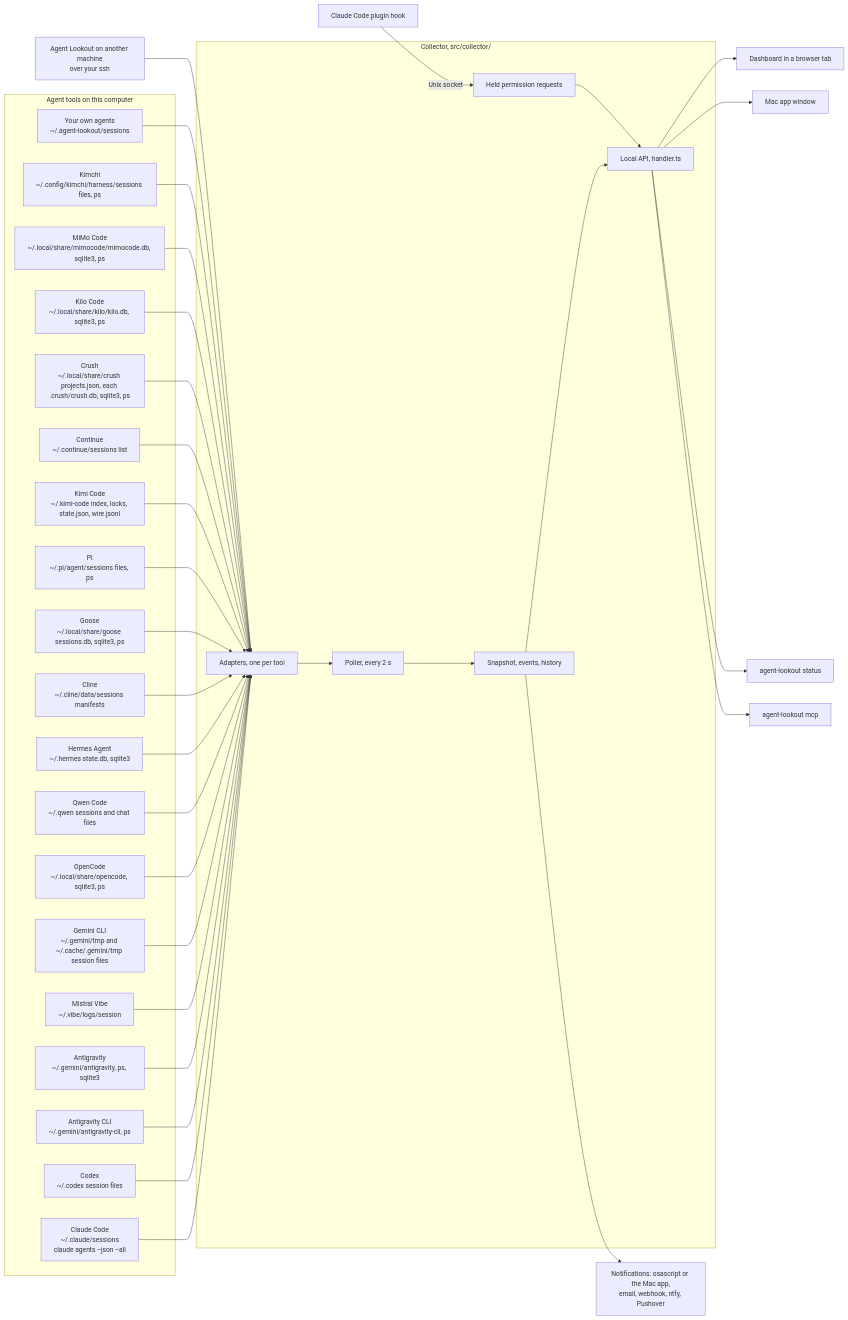
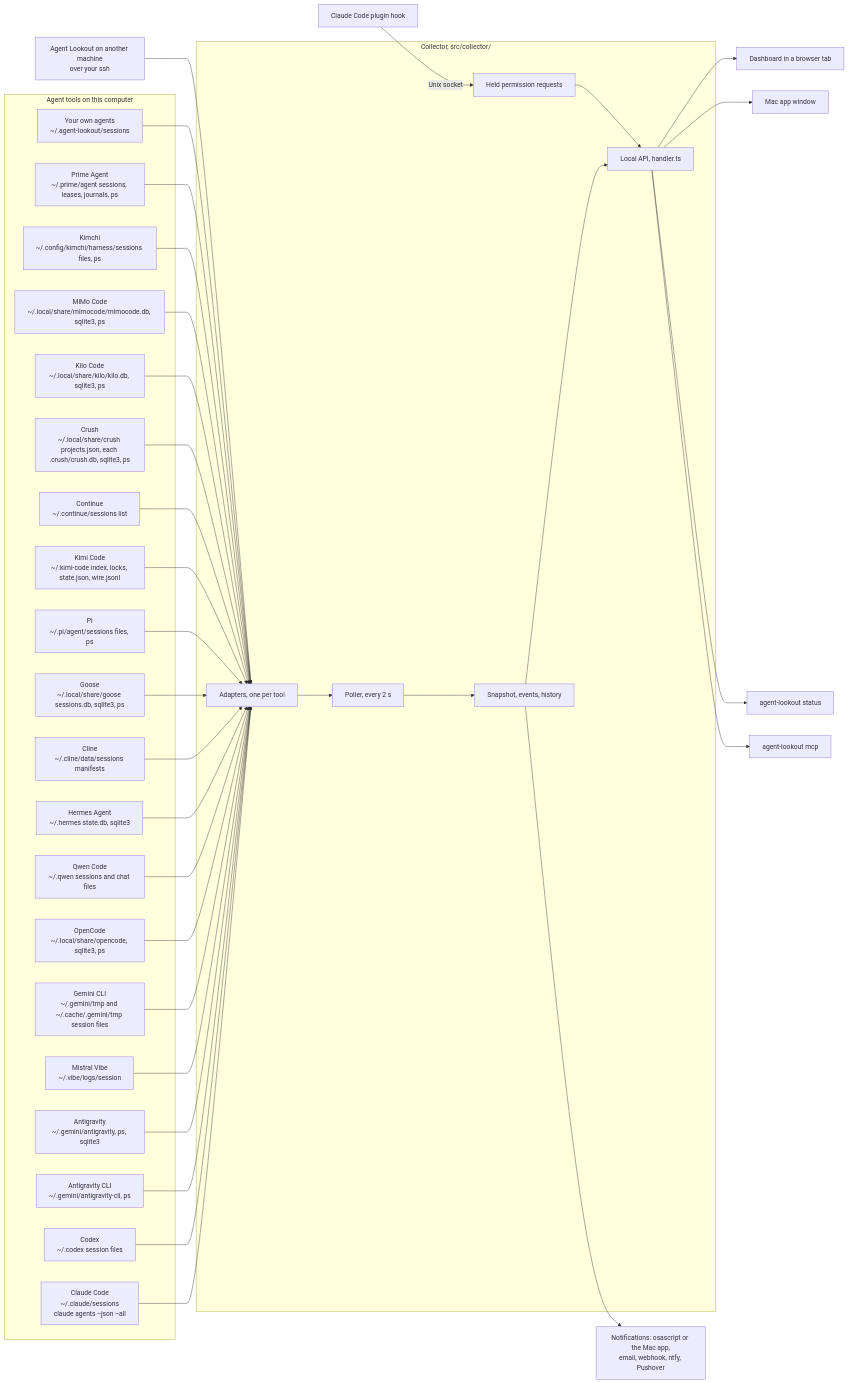
One commit to Olanetsoft/agent-lookout changed the first of 4 diagrams in docs/TOUR.md. Above: the diagram before and after it, drawn with Mermaid. The commit also changed other lines of this file and 80 other files, not shown here.

First line of the commit message:
Add the Prime Agent adapter (#344)

````diff
--- a/docs/TOUR.md
+++ b/docs/TOUR.md
@@ -29,61 +29,63 @@
 ```mermaid
 flowchart LR
   subgraph tools["Agent tools on this computer"]
     cc["Claude Code<br/>~/.claude/sessions<br/>claude agents --json --all"]
     cx["Codex<br/>~/.codex session files"]
     ag["Antigravity CLI<br/>~/.gemini/antigravity-cli, ps"]
     aa["Antigravity<br/>~/.gemini/antigravity, ps, sqlite3"]
     mv["Mistral Vibe<br/>~/.vibe/logs/session"]
     gc["Gemini CLI<br/>~/.gemini/tmp and ~/.cache/.gemini/tmp session files"]
     oc["OpenCode<br/>~/.local/share/opencode, sqlite3, ps"]
     qw["Qwen Code<br/>~/.qwen sessions and chat files"]
     ha["Hermes Agent<br/>~/.hermes state.db, sqlite3"]
     cl["Cline<br/>~/.cline/data/sessions manifests"]
     gs["Goose<br/>~/.local/share/goose sessions.db, sqlite3, ps"]
     pi["Pi<br/>~/.pi/agent/sessions files, ps"]
     kc["Kimi Code<br/>~/.kimi-code index, locks, state.json, wire.jsonl"]
     cn["Continue<br/>~/.continue/sessions list"]
     cr["Crush<br/>~/.local/share/crush projects.json, each .crush/crush.db, sqlite3, ps"]
     kl["Kilo Code<br/>~/.local/share/kilo/kilo.db, sqlite3, ps"]
     mm["MiMo Code<br/>~/.local/share/mimocode/mimocode.db, sqlite3, ps"]
     km["Kimchi<br/>~/.config/kimchi/harness/sessions files, ps"]
+    pa["Prime Agent<br/>~/.prime/agent sessions, leases, journals, ps"]
     sf["Your own agents<br/>~/.agent-lookout/sessions"]
   end
   remote["Agent Lookout on another machine<br/>over your ssh"]
   plugin["Claude Code plugin hook"]
   subgraph collector["Collector, src/collector/"]
     adapters["Adapters, one per tool"]
     poller["Poller, every 2 s"]
     snap["Snapshot, events, history"]
     api["Local API, handler.ts"]
     held["Held permission requests"]
   end
   cc --> adapters
   cx --> adapters
   ag --> adapters
   aa --> adapters
   mv --> adapters
   gc --> adapters
   oc --> adapters
   qw --> adapters
   ha --> adapters
   cl --> adapters
   gs --> adapters
   pi --> adapters
   kc --> adapters
   cn --> adapters
   cr --> adapters
   kl --> adapters
   mm --> adapters
   km --> adapters
+  pa --> adapters
   sf --> adapters
   remote --> adapters
   plugin -->|"Unix socket"| held
   adapters --> poller --> snap --> api
   held --> api
   api --> page["Dashboard in a browser tab"]
   api --> mac["Mac app window"]
   api --> status["agent-lookout status"]
   api --> mcp["agent-lookout mcp"]
   snap --> channels["Notifications: osascript or the Mac app,<br/>email, webhook, ntfy, Pushover"]
 ```
````
